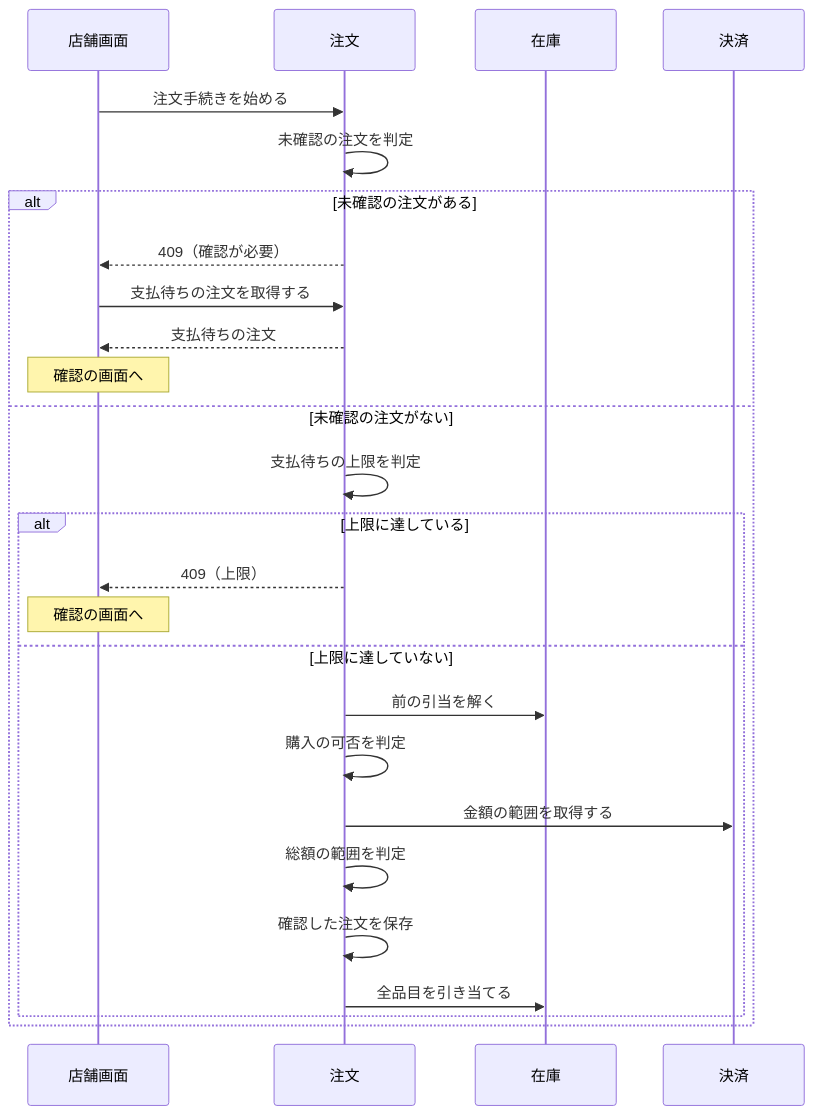
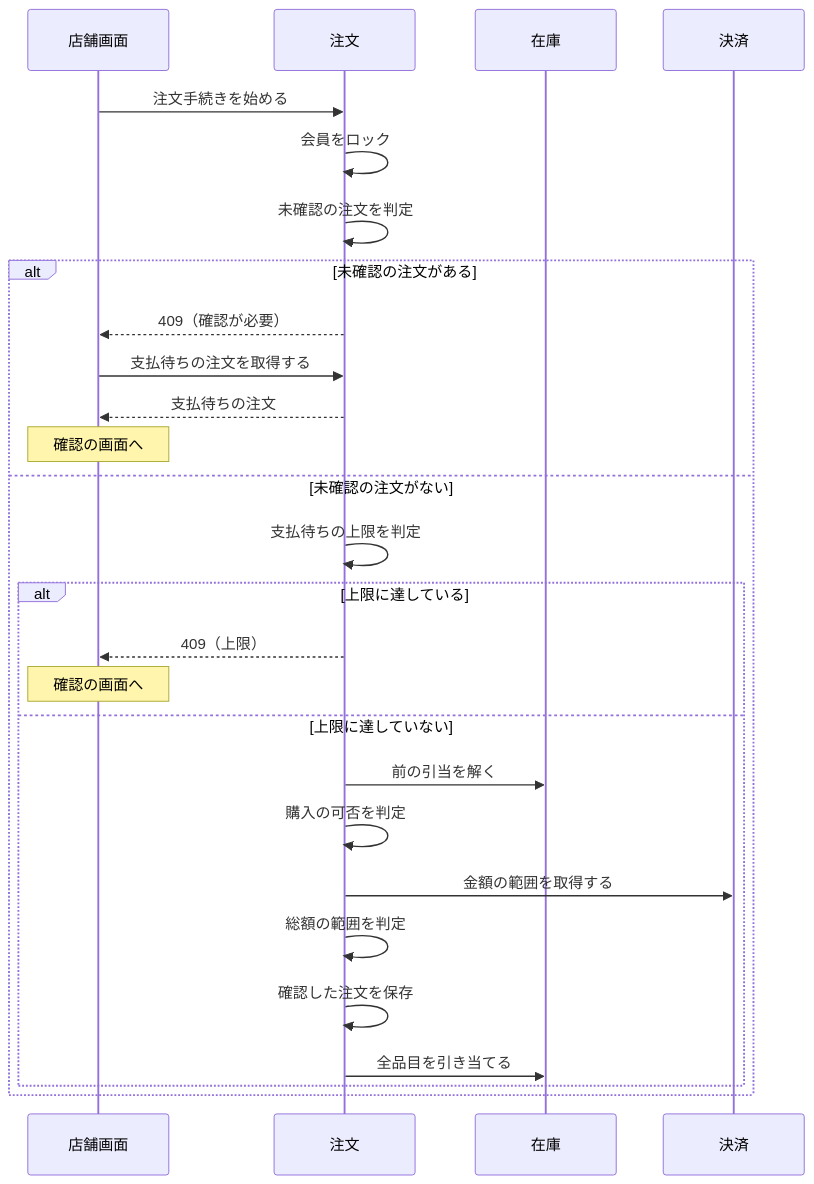
One commit to roger88106/ec-site changed the first of 4 diagrams in docs/02-設計/order.md. Above: the diagram before and after it, drawn with Mermaid. The commit also changed 32 other files, not shown here.

````diff
--- a/docs/02-設計/order.md
+++ b/docs/02-設計/order.md
@@ -43,28 +43,29 @@
 ```mermaid
 sequenceDiagram
     participant U as 店舗画面
     participant O as 注文
     participant I as 在庫
     participant P as 決済
     U->>O: 注文手続きを始める
+    O->>O: 会員をロック
     O->>O: 未確認の注文を判定
     alt 未確認の注文がある
         O-->>U: 409（確認が必要）
         U->>O: 支払待ちの注文を取得する
         O-->>U: 支払待ちの注文
         Note over U: 確認の画面へ
     else 未確認の注文がない
         O->>O: 支払待ちの上限を判定
         alt 上限に達している
             O-->>U: 409（上限）
             Note over U: 確認の画面へ
         else 上限に達していない
             O->>I: 前の引当を解く
             O->>O: 購入の可否を判定
             O->>P: 金額の範囲を取得する
             O->>O: 総額の範囲を判定
             O->>O: 確認した注文を保存
             O->>I: 全品目を引き当てる
         end
     end
 ```
````
